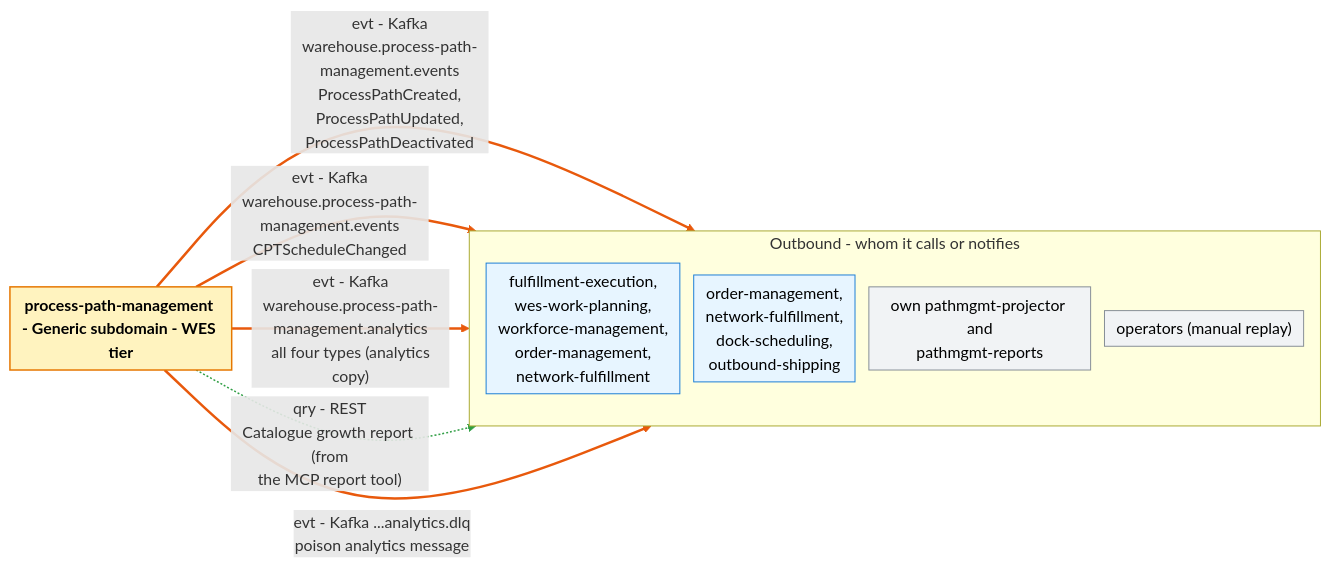
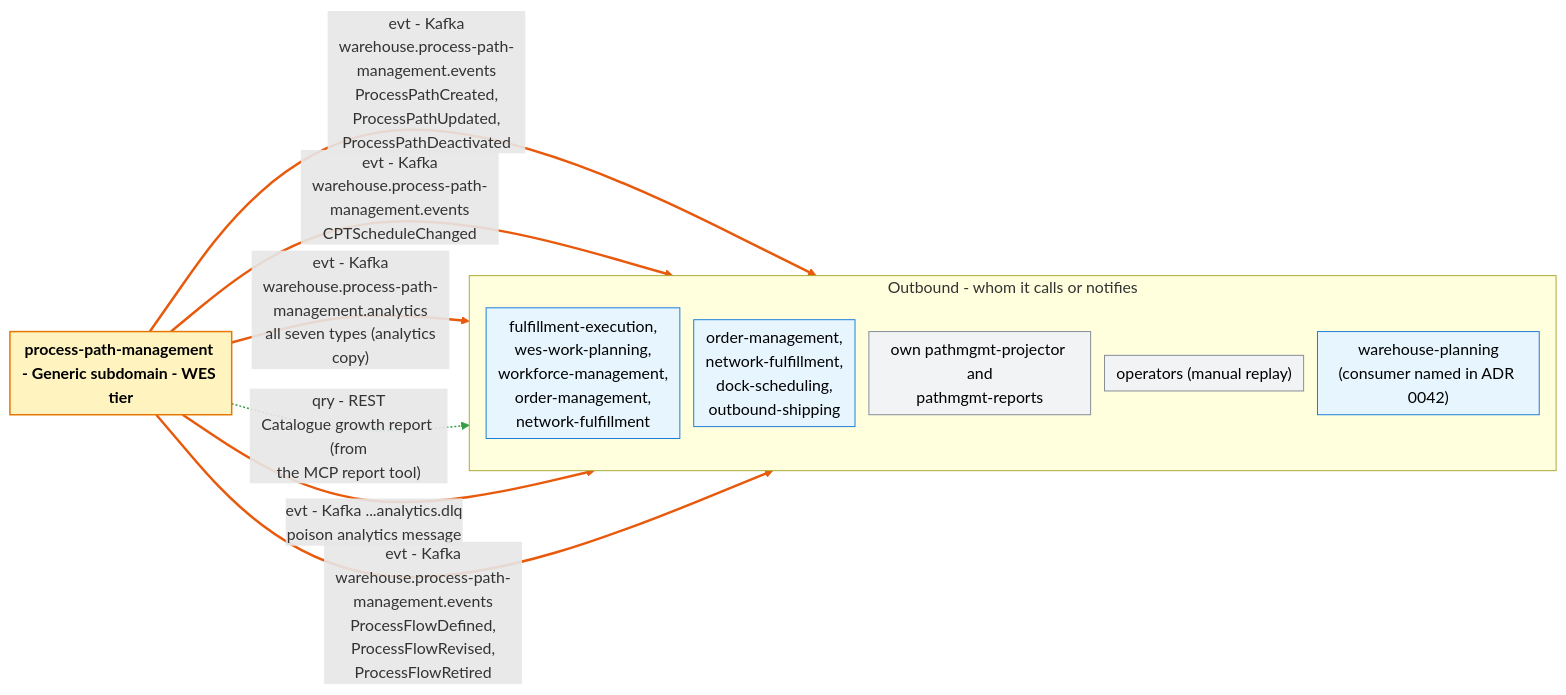
The second of 2 diagrams in docs/docs/ddd/bounded-context-canvas.md (IQVO/process-path-management), drawn with Mermaid before and after one commit. The commit also changed other lines of this file and 18 other files, not shown here.

First line of the commit message:
docs: describe the ProcessFlow aggregate (ADR 0042) in the README and docs pages

````diff
--- a/docs/docs/ddd/bounded-context-canvas.md
+++ b/docs/docs/ddd/bounded-context-canvas.md
@@ -74,29 +74,32 @@
 ```mermaid
 %%{init: {"flowchart": {"nodeSpacing": 14, "rankSpacing": 40, "padding": 6}}}%%
 flowchart LR
     classDef bc fill:#fff3bf,stroke:#e67700,stroke-width:1.5px,color:#000
     classDef card fill:#fff9db,stroke:#f08c00,color:#000,text-align:left
     classDef ctx fill:#e7f5ff,stroke:#1c7ed6,color:#000
     classDef actor fill:#fff4e6,stroke:#e8590c,color:#000
     classDef ext fill:#ffe3e3,stroke:#c92a2a,color:#000
     classDef self fill:#f1f3f5,stroke:#868e96,color:#000
     classDef none fill:#f8f9fa,stroke:#adb5bd,stroke-dasharray:5 5,color:#495057
     BC["<b>process-path-management - Generic subdomain - WES tier</b>"]:::bc
     subgraph OUT["Outbound - whom it calls or notifies"]
         direction TB
         out0["fulfillment-execution,<br/>wes-work-planning,<br/>workforce-management,<br/>order-management,<br/>network-fulfillment"]:::ctx
         out1["order-management,<br/>network-fulfillment,<br/>dock-scheduling,<br/>outbound-shipping"]:::ctx
         out2["own pathmgmt-projector and<br/>pathmgmt-reports"]:::self
         out3["operators (manual replay)"]:::self
+        out4["warehouse-planning<br/>(consumer named in ADR 0042)"]:::ctx
     end
     BC ==>|"evt - Kafka<br/>warehouse.process-path-management.events<br/>ProcessPathCreated,<br/>ProcessPathUpdated,<br/>ProcessPathDeactivated"| out0
     BC ==>|"evt - Kafka<br/>warehouse.process-path-management.events<br/>CPTScheduleChanged"| out1
-    BC ==>|"evt - Kafka<br/>warehouse.process-path-management.analytics<br/>all four types (analytics<br/>copy)"| out2
+    BC ==>|"evt - Kafka<br/>warehouse.process-path-management.analytics<br/>all seven types (analytics<br/>copy)"| out2
     BC -.->|"qry - REST<br/>Catalogue growth report (from<br/>the MCP report tool)"| out2
     BC ==>|"evt - Kafka ...analytics.dlq<br/>poison analytics message"| out3
+    BC ==>|"evt - Kafka<br/>warehouse.process-path-management.events<br/>ProcessFlowDefined,<br/>ProcessFlowRevised,<br/>ProcessFlowRetired"| out4
     linkStyle 0 stroke:#e8590c,stroke-width:2.5px
     linkStyle 1 stroke:#e8590c,stroke-width:2.5px
     linkStyle 2 stroke:#e8590c,stroke-width:2.5px
     linkStyle 3 stroke:#2f9e44,stroke-width:1.5px
     linkStyle 4 stroke:#e8590c,stroke-width:2.5px
+    linkStyle 5 stroke:#e8590c,stroke-width:2.5px
 ```
````
